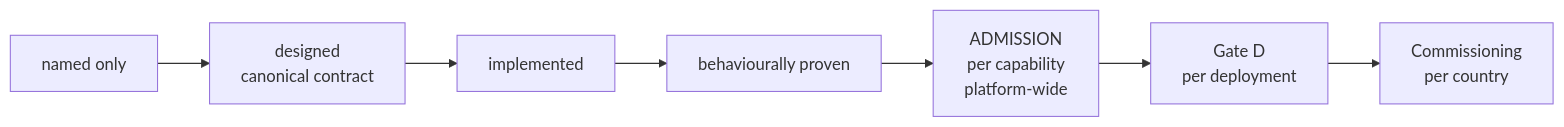
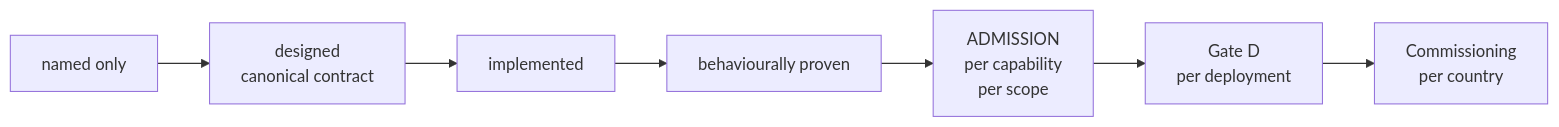
One commit to AdvancedAgricultureBiometrix/aab-source-of-truth changed the diagram in governance/AAB-CAPABILITY-ADMISSION-AUTHORITY-DEFINITION-2026-09-27.md. Above: the diagram before and after it, drawn with Mermaid. The commit also changed other lines of this file, not shown here.

First line of the commit message:
Admission authority: amended for the pilot joint authority

````diff
--- a/governance/AAB-CAPABILITY-ADMISSION-AUTHORITY-DEFINITION-2026-09-27.md
+++ b/governance/AAB-CAPABILITY-ADMISSION-AUTHORITY-DEFINITION-2026-09-27.md
@@ -56,9 +65,9 @@
 ```mermaid
 flowchart LR
   N[named only] --> D[designed<br/>canonical contract]
   D --> I[implemented]
   I --> B[behaviourally proven]
-  B --> A[ADMISSION<br/>per capability<br/>platform-wide]
+  B --> A[ADMISSION<br/>per capability<br/>per scope]
   A --> G[Gate D<br/>per deployment]
   G --> C[Commissioning<br/>per country]
 ```
````
